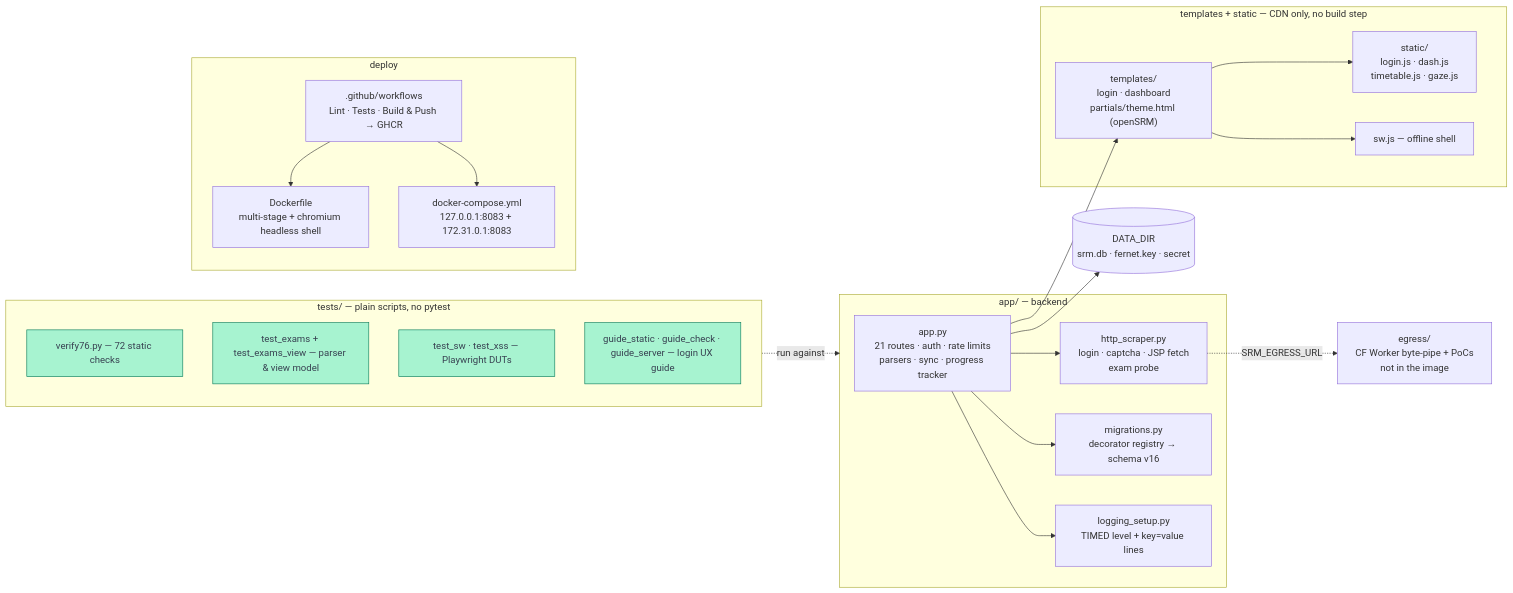
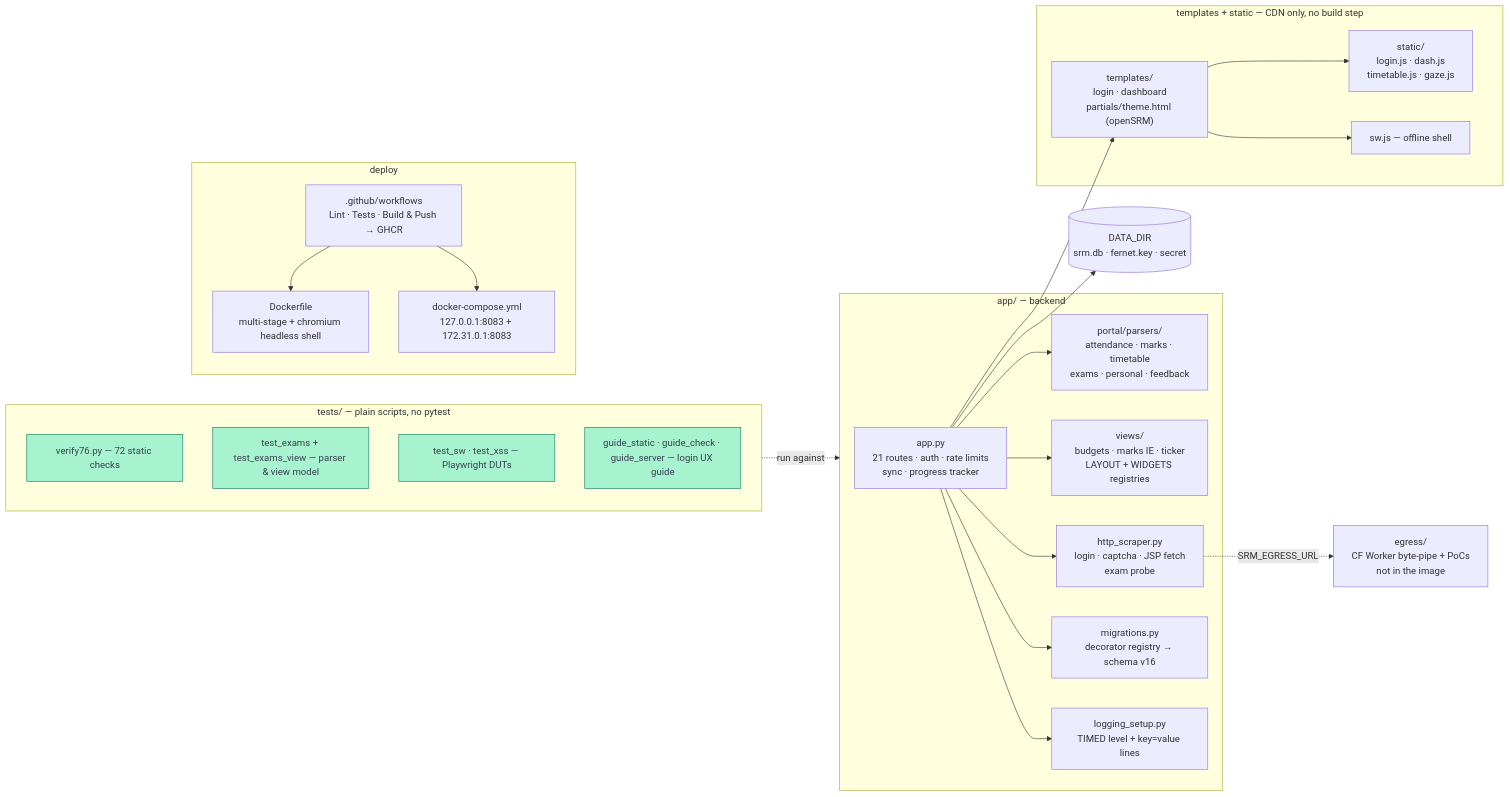
Before and after one commit to thenabbu/OpenSRM: the third of 3 diagrams in README.md, drawn with Mermaid. The commit also changed other lines of this file and 3 other files, not shown here.

````diff
--- a/README.md
+++ b/README.md
@@ -163,46 +163,50 @@
 ```mermaid
 flowchart LR
     subgraph backend["app/ — backend"]
-        APP["app.py<br/>21 routes · auth · rate limits<br/>parsers · sync · progress tracker"]
+        APP["app.py<br/>21 routes · auth · rate limits<br/>sync · progress tracker"]
+        PARS["portal/parsers/<br/>attendance · marks · timetable<br/>exams · personal · feedback"]
+        VIEWS["views/<br/>budgets · marks IE · ticker<br/>LAYOUT + WIDGETS registries"]
         SCR["http_scraper.py<br/>login · captcha · JSP fetch<br/>exam probe"]
         MIG["migrations.py<br/>decorator registry → schema v16"]
         LOG["logging_setup.py<br/>TIMED level + key=value lines"]
     end
 
     subgraph frontend["templates + static — CDN only, no build step"]
         TPL["templates/<br/>login · dashboard<br/>partials/theme.html (openSRM)"]
         JS["static/<br/>login.js · dash.js<br/>timetable.js · gaze.js"]
         SWJS["sw.js — offline shell"]
     end
 
     subgraph gate["tests/ — plain scripts, no pytest"]
         T1["verify76.py — 72 static checks"]
         T2["test_exams + test_exams_view — parser & view model"]
         T3["test_sw · test_xss — Playwright DUTs"]
         T4["guide_static · guide_check · guide_server — login UX guide"]
     end
 
     subgraph ship["deploy"]
         DF["Dockerfile<br/>multi-stage + chromium headless shell"]
         DC["docker-compose.yml<br/>127.0.0.1:8083 + 172.31.0.1:8083"]
         CI[".github/workflows<br/>Lint · Tests · Build & Push → GHCR"]
     end
 
     EGDIR["egress/<br/>CF Worker byte-pipe + PoCs<br/>not in the image"]
     DATA[("DATA_DIR<br/>srm.db · fernet.key · secret")]
 
     APP --> SCR
     APP --> MIG
     APP --> LOG
+    APP --> PARS
+    APP --> VIEWS
     APP --> TPL
     TPL --> JS
     TPL --> SWJS
     APP --> DATA
     SCR -.->|"SRM_EGRESS_URL"| EGDIR
     CI --> DF
     CI --> DC
     gate -.->|"run against"| backend
 
     classDef gatecls fill:#a7f3d0,stroke:#047857,color:#374151
     class T1,T2,T3,T4 gatecls
 ```
````
